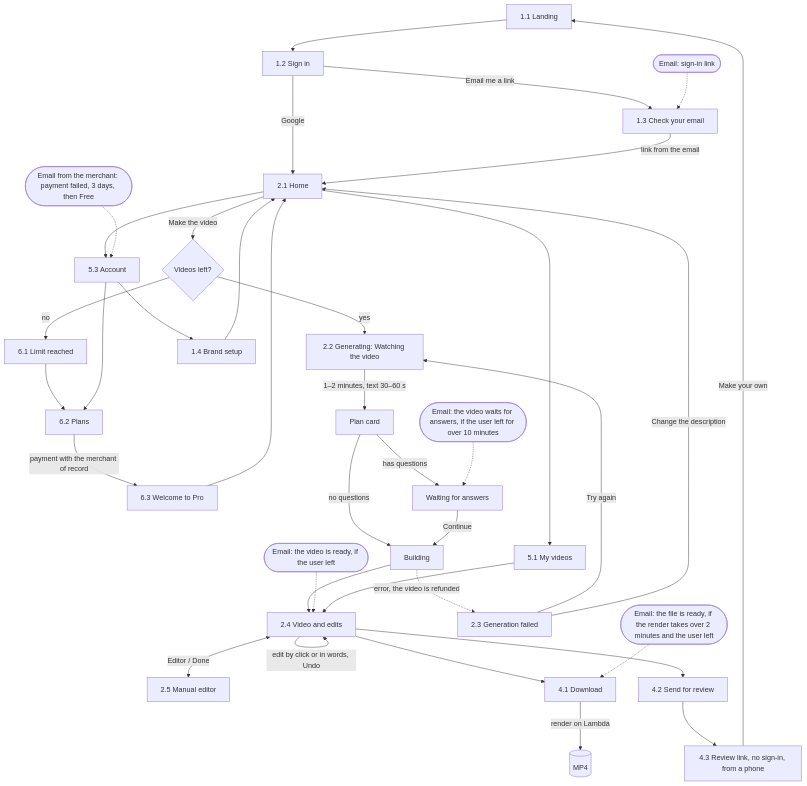
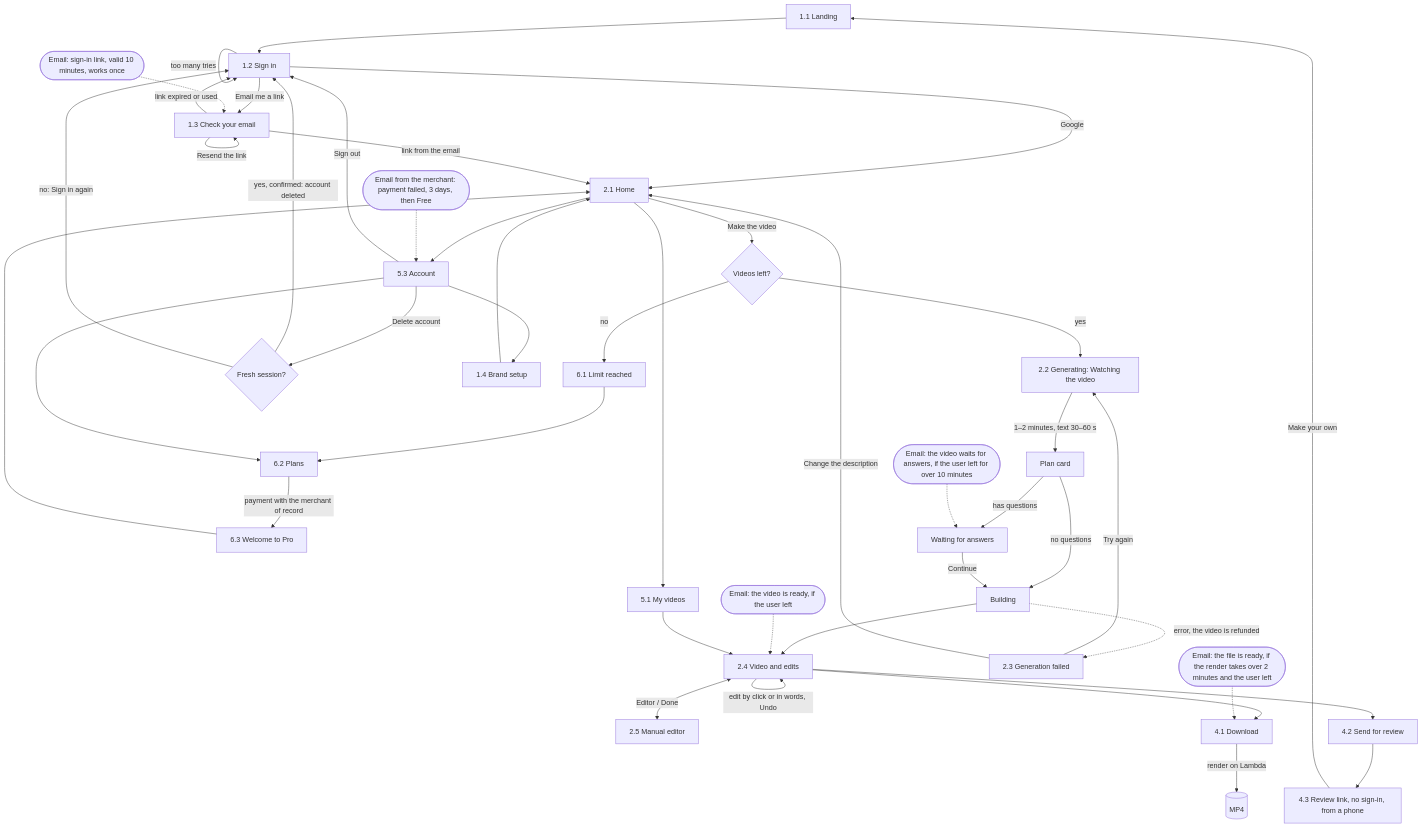
One commit to Ramil3107/saymo changed the diagram in docs/user-flow.md. Above: the diagram before and after it, drawn with Mermaid. The commit also changed other lines of this file and 6 other files, not shown here.

````diff
--- a/docs/user-flow.md
+++ b/docs/user-flow.md
@@ -5,36 +5,44 @@
 ```mermaid
 flowchart TD
   L[1.1 Landing] --> S[1.2 Sign in]
   S -->|Google| H[2.1 Home]
+  S -->|Google canceled or failed| S
   S -->|Email me a link| CE[1.3 Check your email]
-  M1([Email: sign-in link]) -.-> CE
+  S -->|too many tries| S
+  M1([Email: sign-in link, valid 10 minutes, works once]) -.-> CE
+  CE -->|Resend the link| CE
   CE -->|link from the email| H
+  CE -->|link expired or used| S
 
   H -->|Make the video| LIM{Videos left?}
   LIM -->|no| LR[6.1 Limit reached] --> P[6.2 Plans]
   P -->|payment with the merchant of record| W[6.3 Welcome to Pro] --> H
   LIM -->|yes| G[2.2 Generating: Watching the video]
   G -->|1–2 minutes, text 30–60 s| PC[Plan card]
   PC -->|no questions| B[Building]
   PC -->|has questions| Q[Waiting for answers]
   Q -->|Continue| B
   M2([Email: the video waits for answers, if the user left for over 10 minutes]) -.-> Q
   B --> R[2.4 Video and edits]
   M3([Email: the video is ready, if the user left]) -.-> R
   B -.->|error, the video is refunded| F[2.3 Generation failed]
   F -->|Try again| G
   F -->|Change the description| H
 
   R -->|edit by click or in words, Undo| R
   R <-->|Editor / Done| ED[2.5 Manual editor]
   R --> DL[4.1 Download] -->|render on Lambda| MP4[(MP4)]
   M4([Email: the file is ready, if the render takes over 2 minutes and the user left]) -.-> DL
   R --> SR[4.2 Send for review] --> RV[4.3 Review link, no sign-in, from a phone]
   RV -->|Make your own| L
 
   H --> MV[5.1 My videos] --> R
   H --> AC[5.3 Account]
+  AC -->|Sign out| S
+  AC -->|Delete account| DEL{Fresh session?}
+  DEL -->|yes, confirmed: account deleted| S
+  DEL -->|no: Sign in again| S
   AC --> BR[1.4 Brand setup] --> H
   AC --> P
   M5([Email from the merchant: payment failed, 3 days, then Free]) -.-> AC
 ```
````
